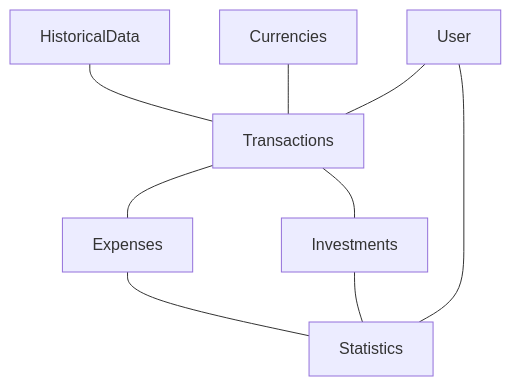
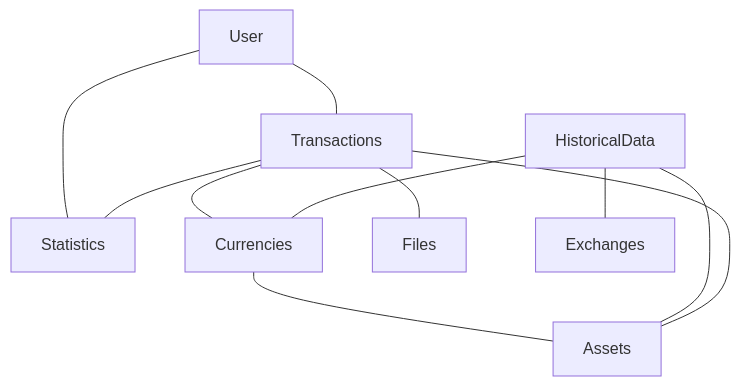
One commit to EinarasGar/myra changed the diagram in readme.md. Above: the diagram before and after it, drawn with Mermaid. The commit also changed 1 other file, not shown here.

Commit message:
Update ERD and domain model diagrams

````diff
--- a/readme.md
+++ b/readme.md
@@ -28,12 +28,13 @@
 ```mermaid
 flowchart
-  HistoricalData --- Transactions
-  Currencies --- Transactions
-  Transactions --- Investments
-  Transactions --- Expenses
-  Expenses --- Statistics
-  Investments --- Statistics
-  
+  User --- Statistics
   User --- Transactions
-  User --- Statistics
+  Transactions --- Currencies
+  Transactions --- Files
+  Currencies --- Assets
+  Assets --- Transactions
+  Transactions --- Statistics
+  HistoricalData --- Assets
+  HistoricalData --- Currencies
+  HistoricalData --- Exchanges
 ```
````
